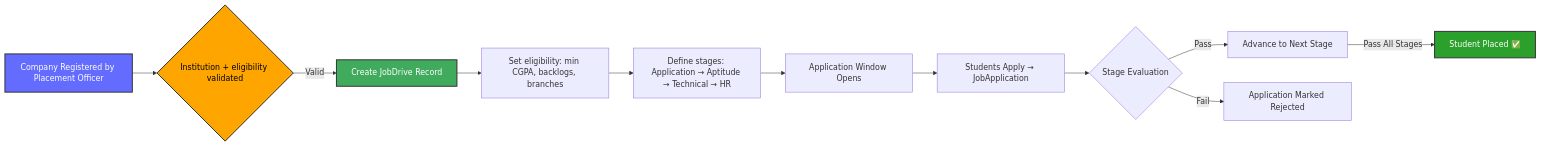
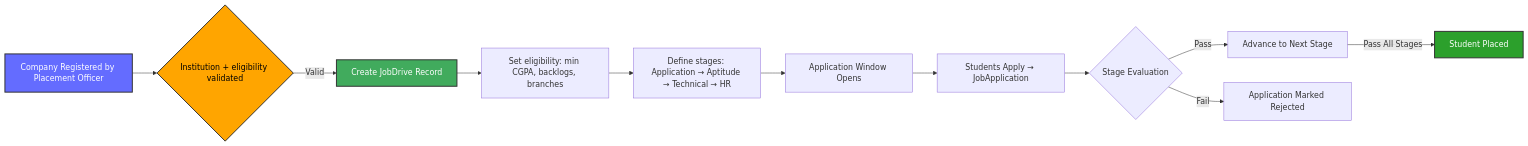
The sixth of 11 diagrams in README.md (KChethansai/CampusFlow), drawn with Mermaid before and after one commit. The commit also changed other lines of this file, not shown here.

````diff
--- a/README.md
+++ b/README.md
@@ -228,18 +229,18 @@
 ```mermaid
 flowchart LR
     CompanyRegistered[Company Registered by Placement Officer] --> CollegeValidated{Institution + eligibility validated}
     CollegeValidated -->|Valid| CreateDrive[Create JobDrive Record]
     CreateDrive --> SetEligibility[Set eligibility: min CGPA, backlogs, branches]
     SetEligibility --> DefineStages[Define stages: Application → Aptitude → Technical → HR]
     DefineStages --> AppWindowOpen[Application Window Opens]
     AppWindowOpen --> StudentsApply[Students Apply → JobApplication]
     StudentsApply --> StageProgress{Stage Evaluation}
     StageProgress -->|Pass| NextStage[Advance to Next Stage]
     StageProgress -->|Fail| Rejected[Application Marked Rejected]
-    NextStage -->|Pass All Stages| Placed[Student Placed ✅]
+    NextStage -->|Pass All Stages| Placed[Student Placed ]
 
     style CompanyRegistered fill:#646cff,stroke:#333,stroke-width:2px,color:#fff
     style CollegeValidated fill:#ffa500,stroke:#333,stroke-width:2px,color:#000
     style CreateDrive fill:#41ab5d,stroke:#333,stroke-width:2px,color:#fff
     style Placed fill:#2ca02c,stroke:#333,stroke-width:2px,color:#fff
 ```
````
